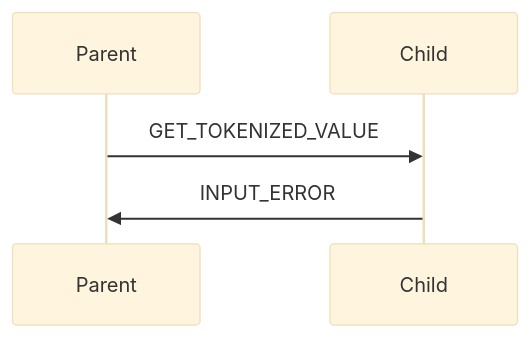
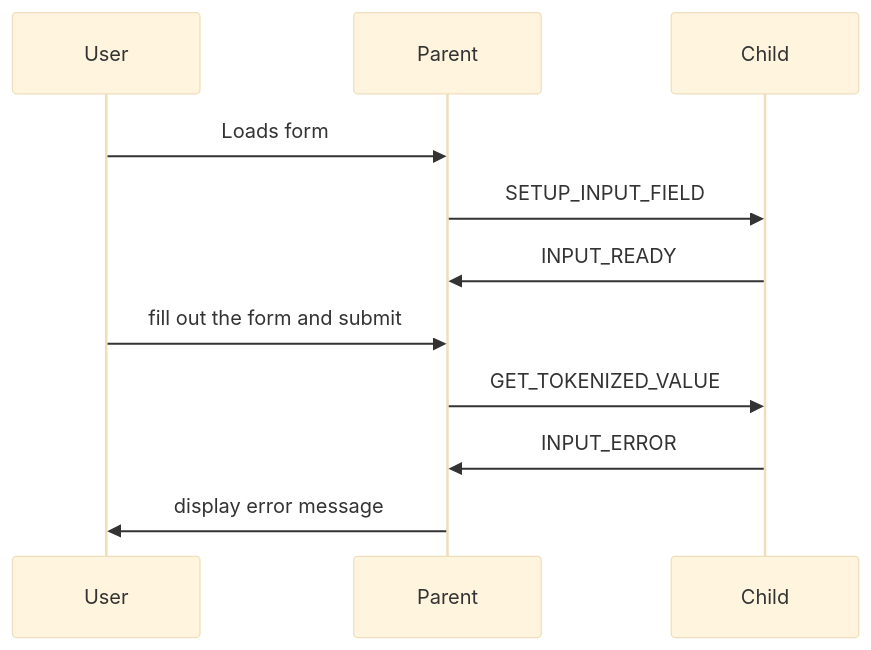
Before and after one commit to garrypolley/iframe-testing: the second of 3 diagrams in readme.md, drawn with Mermaid (base theme). The commit also changed other lines of this file, not shown here.

Commit message:
Update diagrams to be better

````diff
--- a/readme.md
+++ b/readme.md
@@ -43,7 +49,13 @@
 ```mermaid
 sequenceDiagram
+    participant User
     participant Parent
     participant Child
+    User->>Parent: Loads form
+    Parent->>Child: SETUP_INPUT_FIELD
+    Child->>Parent: INPUT_READY
+    User->>Parent: fill out the form and submit
     Parent->>Child: GET_TOKENIZED_VALUE
     Child->>Parent: INPUT_ERROR
+    Parent->>User: display error message
 ```
````
